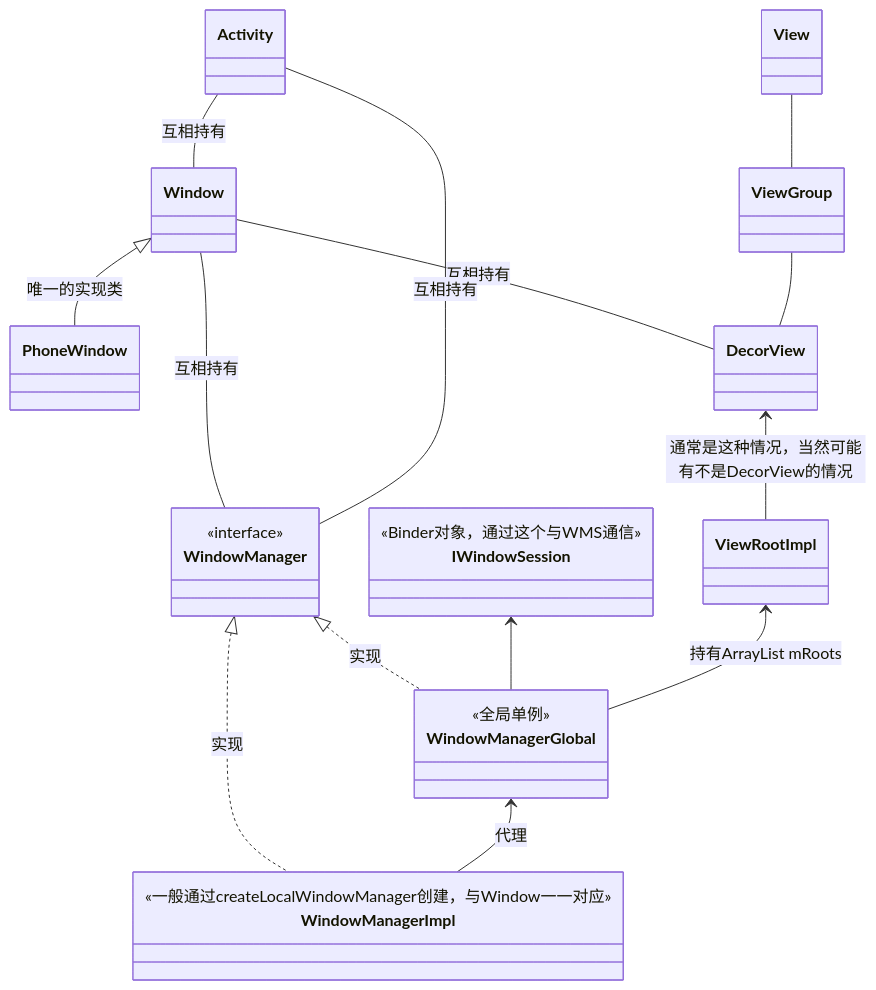
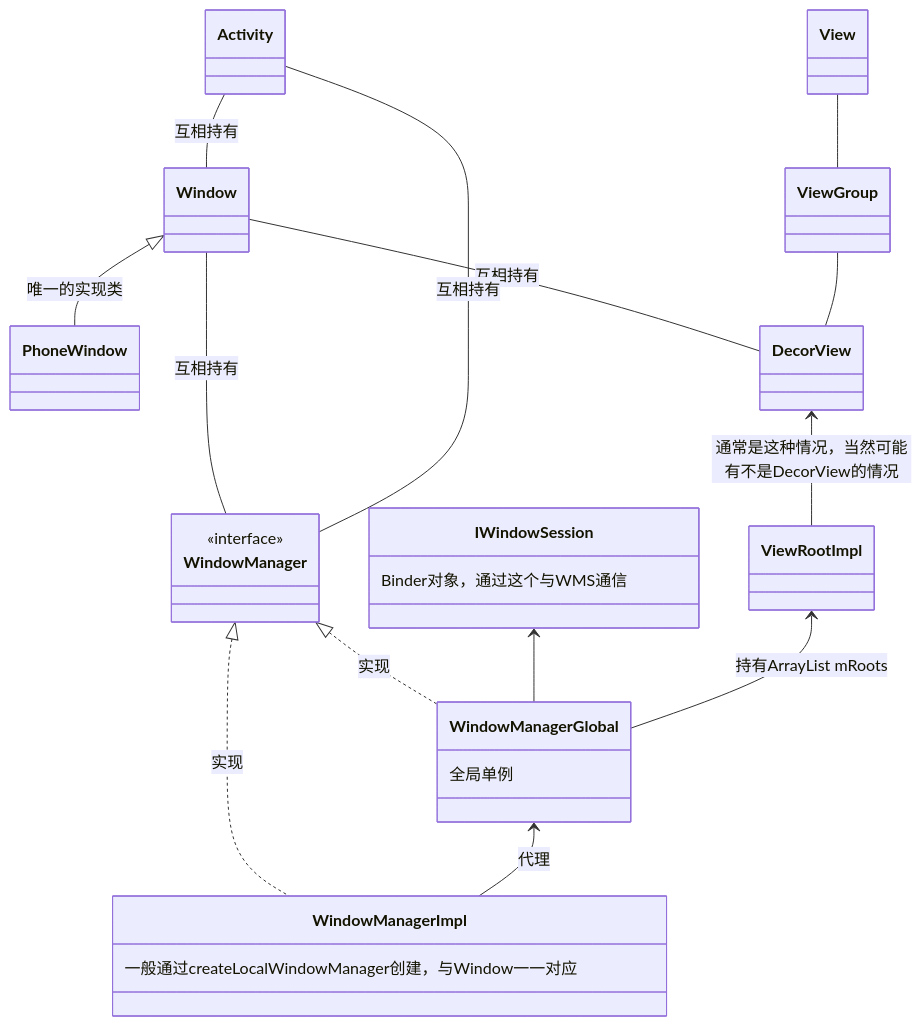
The diagram in 源码/Activity的显示原理？.md (sweetwong/Android-Interview-QA), drawn with Mermaid before and after one commit.

````diff
--- a/源码/Activity的显示原理？.md
+++ b/源码/Activity的显示原理？.md
@@ -23,32 +23,32 @@
 ```mermaid
 classDiagram
 WindowManager <|.. WindowManagerImpl : 实现
 WindowManager <|.. WindowManagerGlobal : 实现
 WindowManagerGlobal <-- WindowManagerImpl : 代理
 IWindowSession <-- WindowManagerGlobal
 Window -- WindowManager : 互相持有
 Window <|-- PhoneWindow: 唯一的实现类
 Window -- DecorView : 互相持有
 Activity -- Window : 互相持有
 Activity -- WindowManager : 互相持有
 ViewRootImpl <-- WindowManagerGlobal : 持有ArrayList<ViewRootImpl> mRoots
 DecorView <-- ViewRootImpl : 通常是这种情况，当然可能有不是DecorView的情况
 ViewGroup -- DecorView
 View -- ViewGroup
 
 class WindowManager {
 <<interface>>
 }
 
 class WindowManagerImpl {
-<<一般通过createLocalWindowManager创建，与Window一一对应>>
+一般通过createLocalWindowManager创建，与Window一一对应
 }
 
 class WindowManagerGlobal {
-<<全局单例>>
+全局单例
 }
 
 class IWindowSession {
-<<Binder对象，通过这个与WMS通信>>
+Binder对象，通过这个与WMS通信
 }
 ```
````
